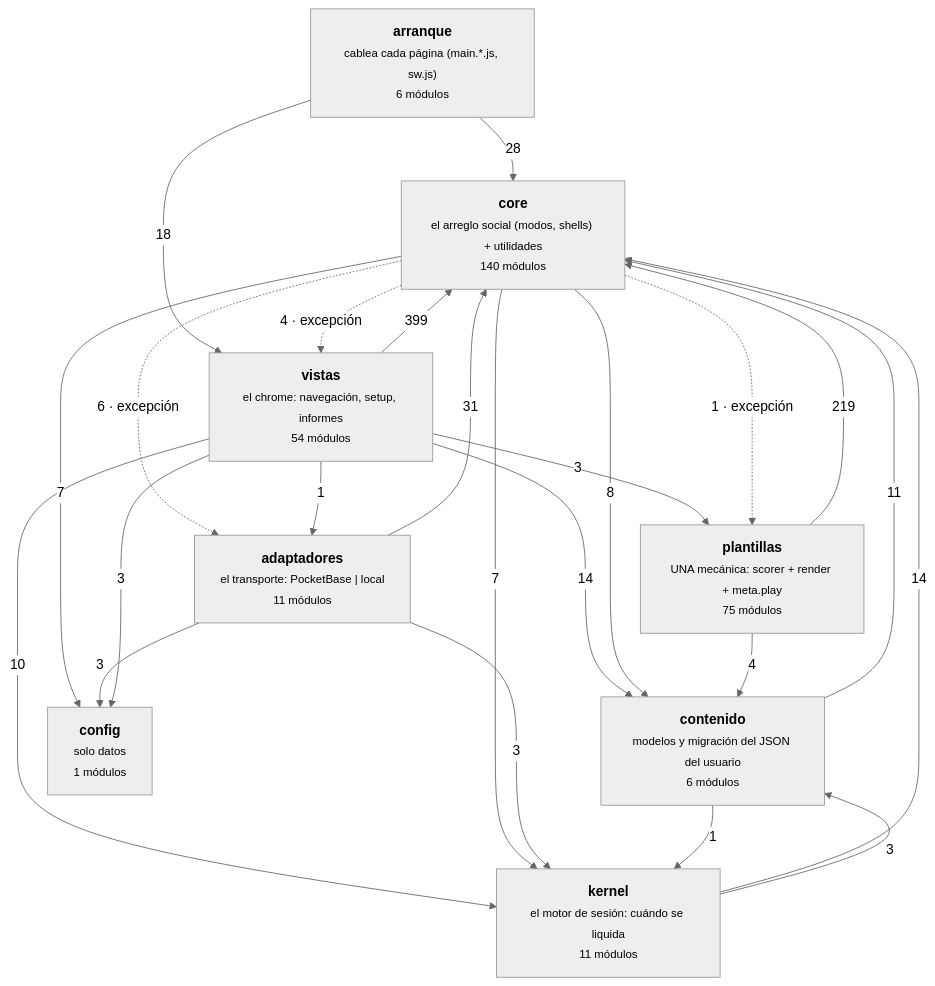
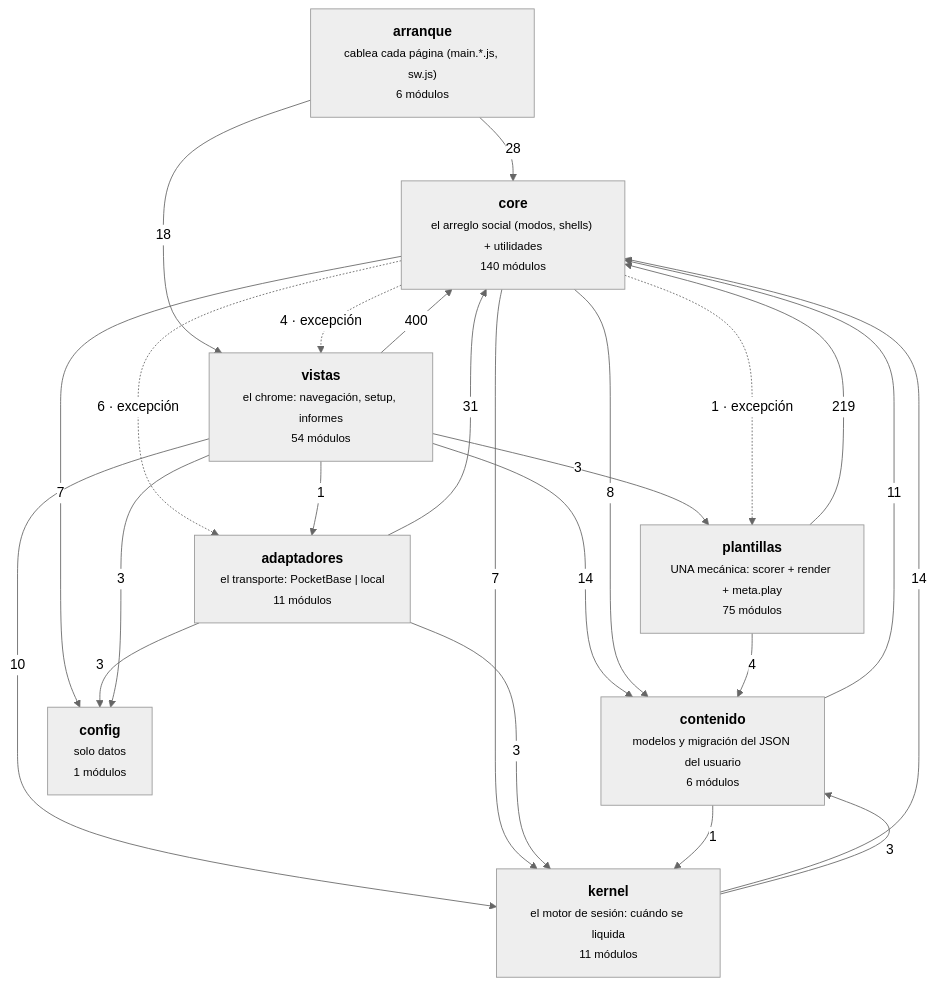
One commit to duecaz/ac changed the diagram in docs/arquitectura-modulos.md. Above: the diagram before and after it, drawn with Mermaid (neutral theme). The commit also changed other lines of this file and 10 other files, not shown here.

````diff
--- a/docs/arquitectura-modulos.md
+++ b/docs/arquitectura-modulos.md
@@ -56,34 +56,34 @@
 ```mermaid
 graph TD
   A["<b>arranque</b><br/><small>cablea cada página (main.*.js, sw.js)</small><br/><small>6 módulos</small>"]
   V["<b>vistas</b><br/><small>el chrome: navegación, setup, informes</small><br/><small>54 módulos</small>"]
   AD["<b>adaptadores</b><br/><small>el transporte: PocketBase | local</small><br/><small>11 módulos</small>"]
   C["<b>core</b><br/><small>el arreglo social (modos, shells) + utilidades</small><br/><small>140 módulos</small>"]
   K["<b>kernel</b><br/><small>el motor de sesión: cuándo se liquida</small><br/><small>11 módulos</small>"]
   T["<b>plantillas</b><br/><small>UNA mecánica: scorer + render + meta.play</small><br/><small>75 módulos</small>"]
   CO["<b>contenido</b><br/><small>modelos y migración del JSON del usuario</small><br/><small>6 módulos</small>"]
   CF["<b>config</b><br/><small>solo datos</small><br/><small>1 módulos</small>"]
-  V -->|399| C
+  V -->|400| C
   T -->|219| C
   AD -->|31| C
   A -->|28| C
   A -->|18| V
   K -->|14| C
   V -->|14| CO
   CO -->|11| C
   V -->|10| K
   C -->|8| CO
   C -->|7| K
   C -->|7| CF
   C -.->|6 · excepción| AD
   C -.->|4 · excepción| V
   T -->|4| CO
   AD -->|3| CF
   AD -->|3| K
   K -->|3| CO
   V -->|3| CF
   V -->|3| T
   C -.->|1 · excepción| T
   CO -->|1| K
   V -->|1| AD
 ```
````
